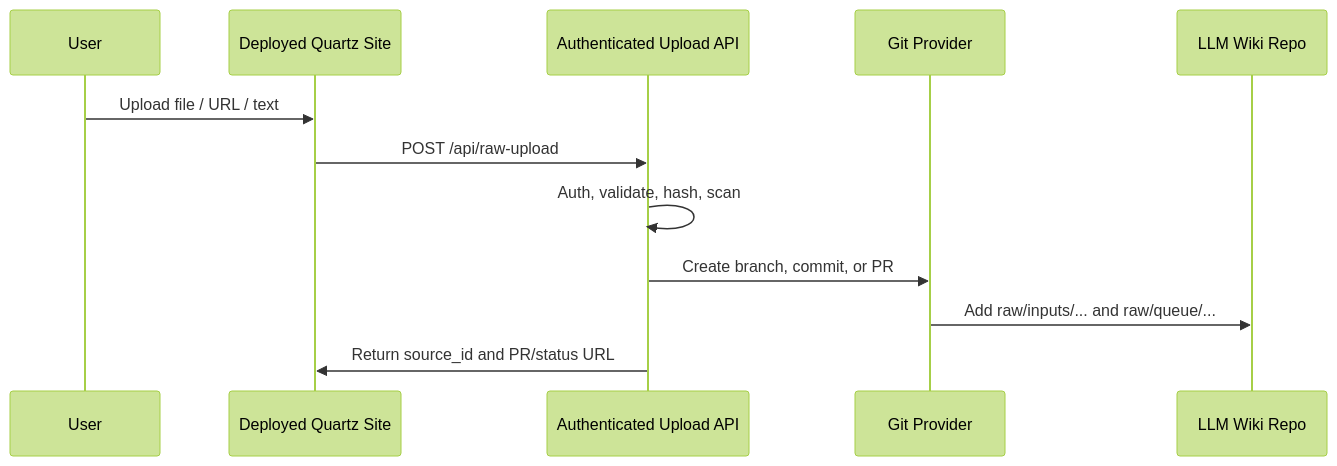
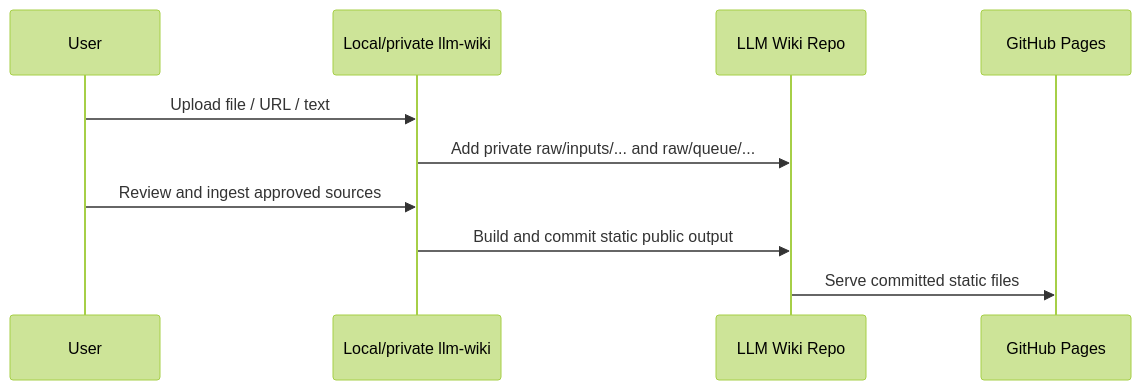
One commit to ufJmacca/llm-wiki changed the third of 3 diagrams in prds/llm-wiki-prd.md. Above: the diagram before and after it, drawn with Mermaid (forest theme). The commit also changed other lines of this file and 4 other files, not shown here.

Commit message:
feat(docs): clarify upload capability for github pages

````diff
--- a/prds/llm-wiki-prd.md
+++ b/prds/llm-wiki-prd.md
@@ -1659,15 +1659,13 @@
 ```mermaid
 sequenceDiagram
   participant User
-  participant Site as Deployed Quartz Site
-  participant API as Authenticated Upload API
-  participant Git as Git Provider
+  participant Local as Local/private llm-wiki
   participant Repo as LLM Wiki Repo
+  participant Pages as GitHub Pages
 
-  User->>Site: Upload file / URL / text
-  Site->>API: POST /api/raw-upload
-  API->>API: Auth, validate, hash, scan
-  API->>Git: Create branch, commit, or PR
-  Git->>Repo: Add raw/inputs/... and raw/queue/...
-  API->>Site: Return source_id and PR/status URL
+  User->>Local: Upload file / URL / text
+  Local->>Repo: Add private raw/inputs/... and raw/queue/...
+  User->>Local: Review and ingest approved sources
+  Local->>Repo: Build and commit static public output
+  Repo->>Pages: Serve committed static files
 ```
````
